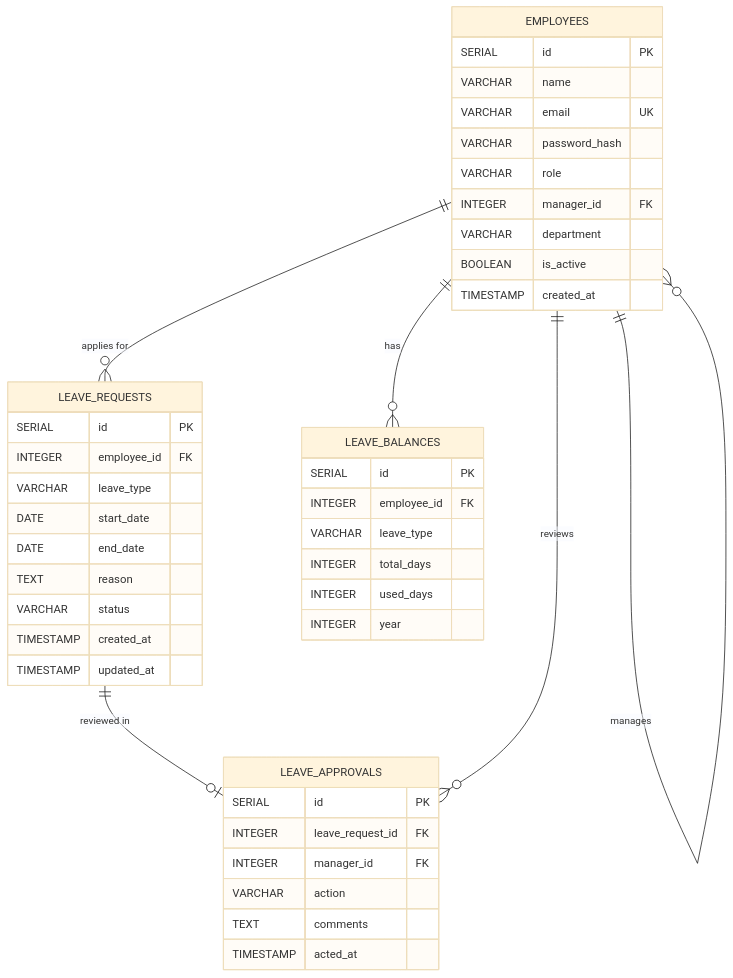
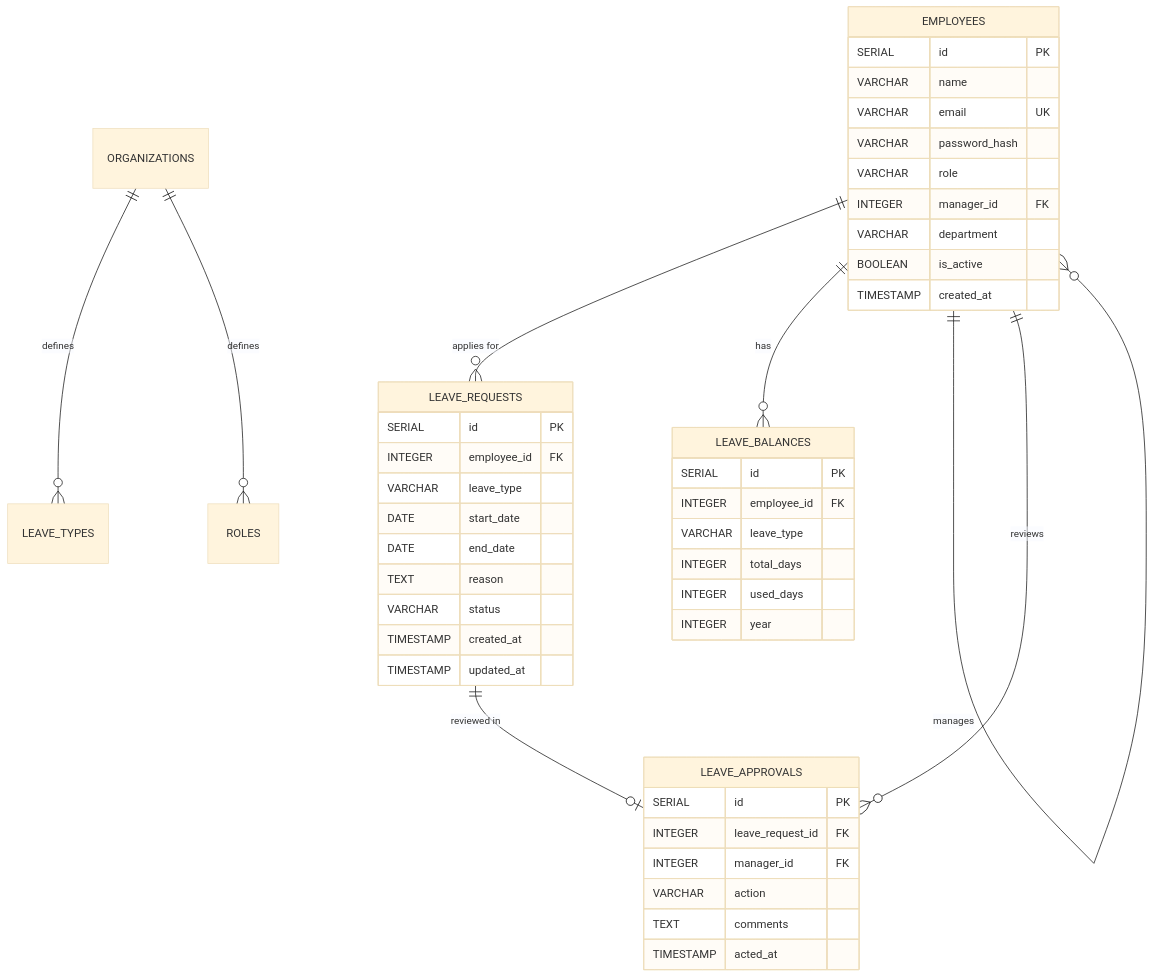
One commit to algorithnicmind/Bookflow-management changed the diagram in docs/06a-Database-Design.md. Above: the diagram before and after it, drawn with Mermaid (base theme). The commit also changed other lines of this file and 8 other files, not shown here.

````diff
--- a/docs/06a-Database-Design.md
+++ b/docs/06a-Database-Design.md
@@ -11,50 +11,52 @@
 ```mermaid
 erDiagram
     EMPLOYEES {
         SERIAL id PK
         VARCHAR name
         VARCHAR email UK
         VARCHAR password_hash
         VARCHAR role
         INTEGER manager_id FK
         VARCHAR department
         BOOLEAN is_active
         TIMESTAMP created_at
     }
     
     LEAVE_REQUESTS {
         SERIAL id PK
         INTEGER employee_id FK
         VARCHAR leave_type
         DATE start_date
         DATE end_date
         TEXT reason
         VARCHAR status
         TIMESTAMP created_at
         TIMESTAMP updated_at
     }
     
     LEAVE_APPROVALS {
         SERIAL id PK
         INTEGER leave_request_id FK
         INTEGER manager_id FK
         VARCHAR action
         TEXT comments
         TIMESTAMP acted_at
     }
     
     LEAVE_BALANCES {
         SERIAL id PK
         INTEGER employee_id FK
         VARCHAR leave_type
         INTEGER total_days
         INTEGER used_days
         INTEGER year
     }
     
     EMPLOYEES ||--o{ LEAVE_REQUESTS : "applies for"
     EMPLOYEES ||--o{ LEAVE_BALANCES : "has"
     EMPLOYEES ||--o{ EMPLOYEES : "manages"
     LEAVE_REQUESTS ||--o| LEAVE_APPROVALS : "reviewed in"
     EMPLOYEES ||--o{ LEAVE_APPROVALS : "reviews"
+    ORGANIZATIONS ||--o{ LEAVE_TYPES : "defines"
+    ORGANIZATIONS ||--o{ ROLES : "defines"
 ```
````
